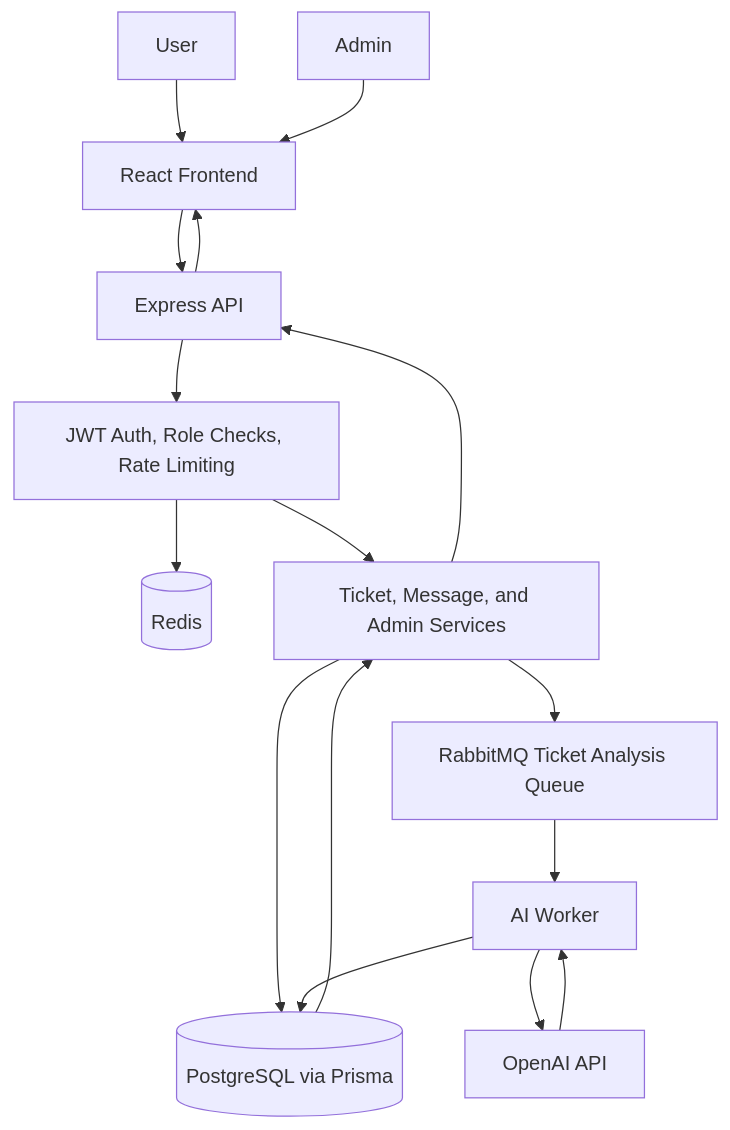
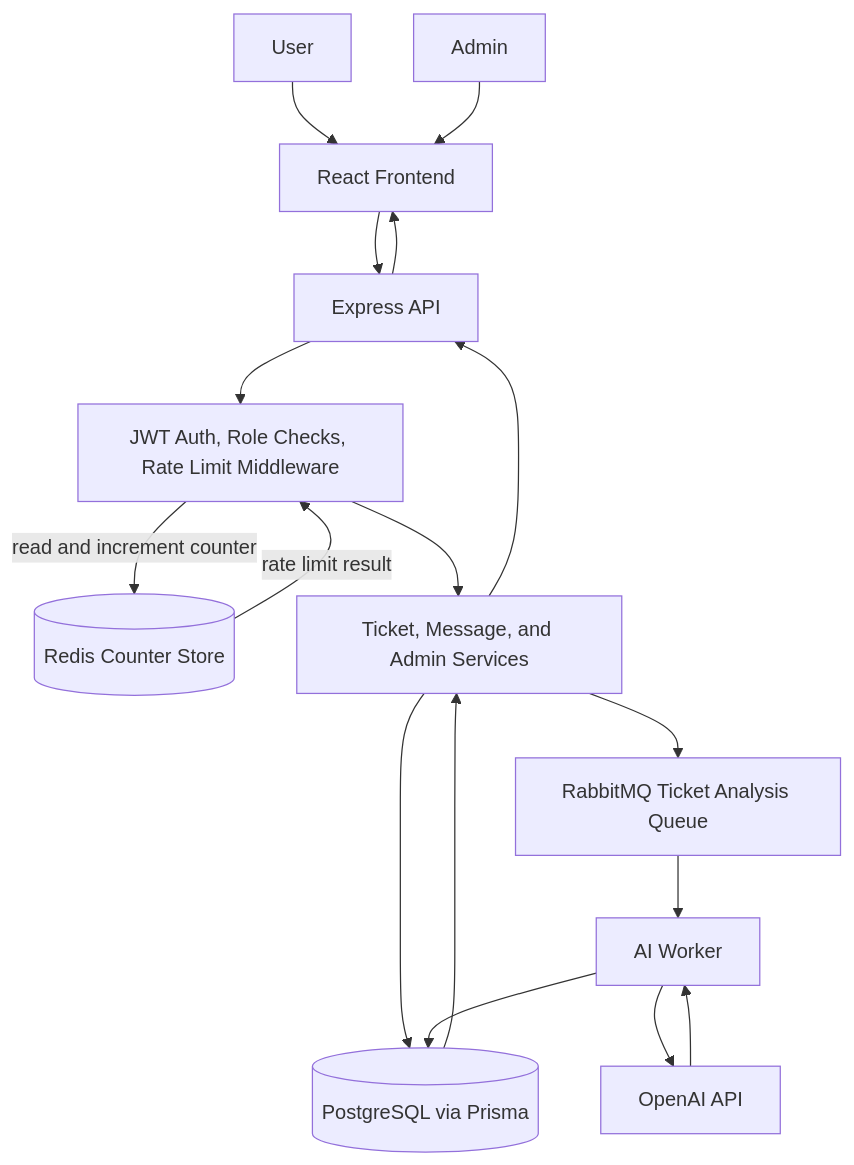
Before and after one commit to ErenKarakus1/AI-Powered-Ticket-Management-System: the diagram in README.md, drawn with Mermaid.

Commit message:
docs: clarify redis rate limit flow

````diff
--- a/README.md
+++ b/README.md
@@ -50,23 +50,24 @@
 ```mermaid
 flowchart TD
     User[User] --> Frontend[React Frontend]
     Admin[Admin] --> Frontend
 
     Frontend --> API[Express API]
 
-    API --> Middleware[JWT Auth, Role Checks, Rate Limiting]
-    Middleware --> Redis[(Redis)]
+    API --> Middleware[JWT Auth, Role Checks, Rate Limit Middleware]
+    Middleware -->|read and increment counter| Redis[(Redis Counter Store)]
+    Redis -->|rate limit result| Middleware
     Middleware --> Services[Ticket, Message, and Admin Services]
 
     Services --> DB[(PostgreSQL via Prisma)]
     Services --> Queue[RabbitMQ Ticket Analysis Queue]
 
     Queue --> Worker[AI Worker]
     Worker --> OpenAI[OpenAI API]
     OpenAI --> Worker
     Worker --> DB
 
     DB --> Services
     Services --> API
     API --> Frontend
 ```
````
